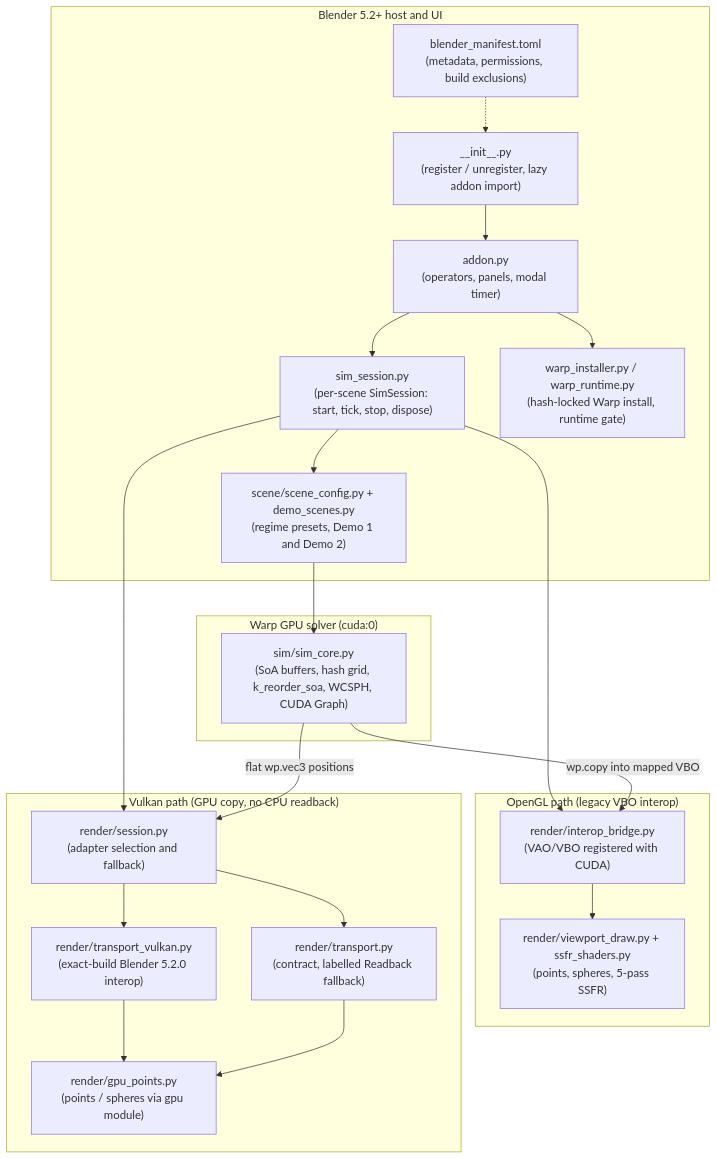
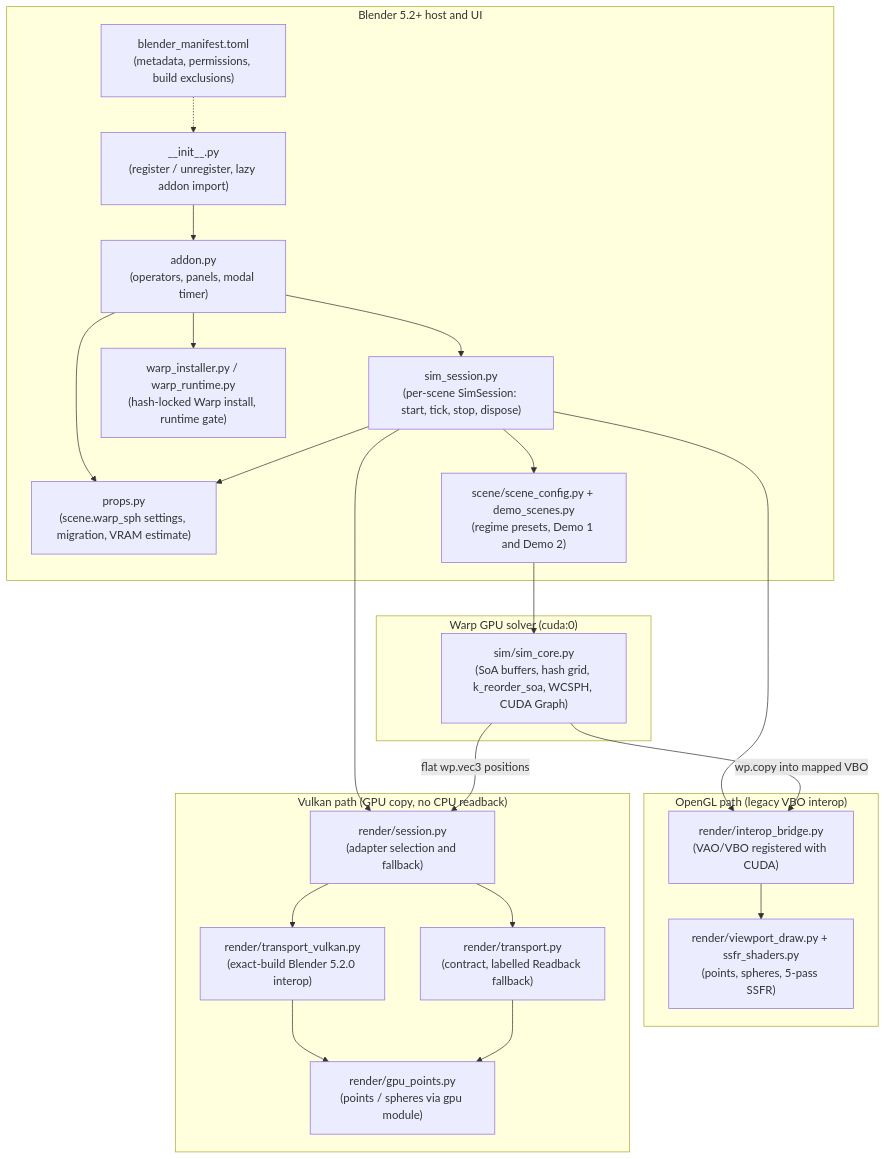
The diagram in docs/ARCHITECTURE.md (trdillman/warp_sph_realtime), drawn with Mermaid before and after one commit. The commit also changed other lines of this file and 18 other files, not shown here.

First line of the commit message:
feat(addon): scene.warp_sph settings group, Advanced panel, VRAM warning, old-file migration (P1.3)

````diff
--- a/docs/ARCHITECTURE.md
+++ b/docs/ARCHITECTURE.md
@@ -11,43 +11,46 @@
 ```mermaid
 graph TD
     subgraph Host ["Blender 5.2+ host and UI"]
         Manifest["blender_manifest.toml<br/>(metadata, permissions, build exclusions)"]
         Init["__init__.py<br/>(register / unregister, lazy addon import)"]
         Addon["addon.py<br/>(operators, panels, modal timer)"]
         SimSession["sim_session.py<br/>(per-scene SimSession: start, tick, stop, dispose)"]
+        Props["props.py<br/>(scene.warp_sph settings, migration, VRAM estimate)"]
         Installer["warp_installer.py / warp_runtime.py<br/>(hash-locked Warp install, runtime gate)"]
         SceneCfg["scene/scene_config.py + demo_scenes.py<br/>(regime presets, Demo 1 and Demo 2)"]
     end
 
     subgraph Solver ["Warp GPU solver (cuda:0)"]
         SimCore["sim/sim_core.py<br/>(SoA buffers, hash grid, k_reorder_soa, WCSPH, CUDA Graph)"]
     end
 
     subgraph GL ["OpenGL path (legacy VBO interop)"]
         Interop["render/interop_bridge.py<br/>(VAO/VBO registered with CUDA)"]
         ViewDraw["render/viewport_draw.py + ssfr_shaders.py<br/>(points, spheres, 5-pass SSFR)"]
     end
 
     subgraph VK ["Vulkan path (GPU copy, no CPU readback)"]
         Session["render/session.py<br/>(adapter selection and fallback)"]
         Transport["render/transport.py<br/>(contract, labelled Readback fallback)"]
         VkTransport["render/transport_vulkan.py<br/>(exact-build Blender 5.2.0 interop)"]
         GpuPoints["render/gpu_points.py<br/>(points / spheres via gpu module)"]
     end
 
     Manifest -.-> Init
     Init --> Addon
     Addon --> Installer
     Addon --> SimSession
+    Addon --> Props
+    SimSession --> Props
     SimSession --> SceneCfg
     SimSession --> Session
     SimSession --> Interop
     SceneCfg --> SimCore
     SimCore -->|"wp.copy into mapped VBO"| Interop
     Interop --> ViewDraw
     SimCore -->|"flat wp.vec3 positions"| Session
     Session --> VkTransport
     Session --> Transport
     VkTransport --> GpuPoints
     Transport --> GpuPoints
 ```
````
